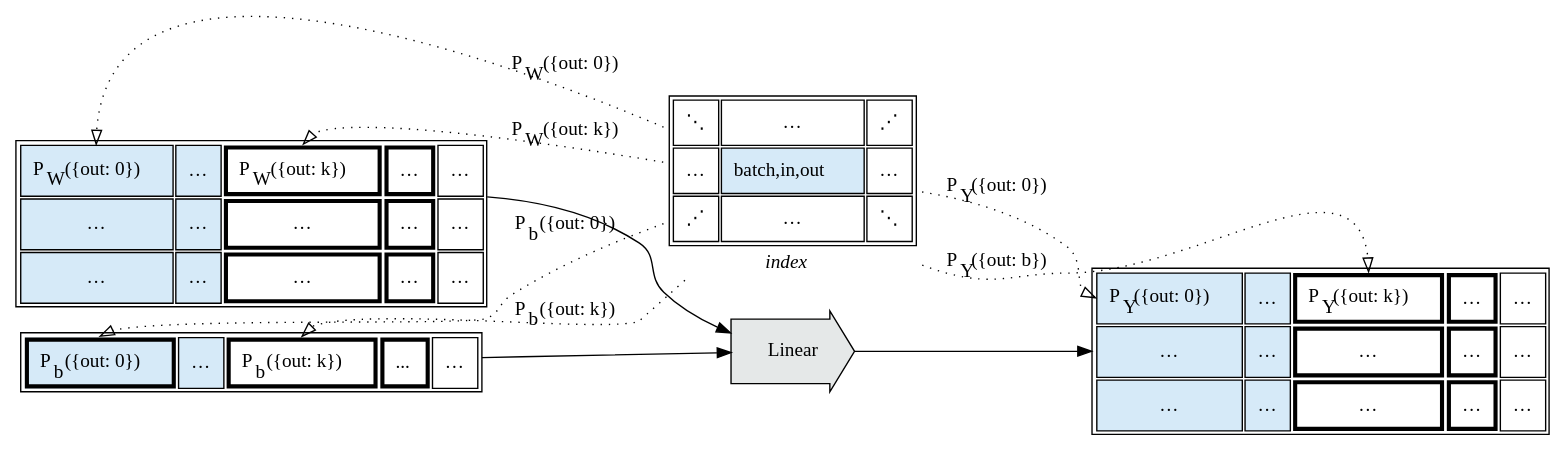
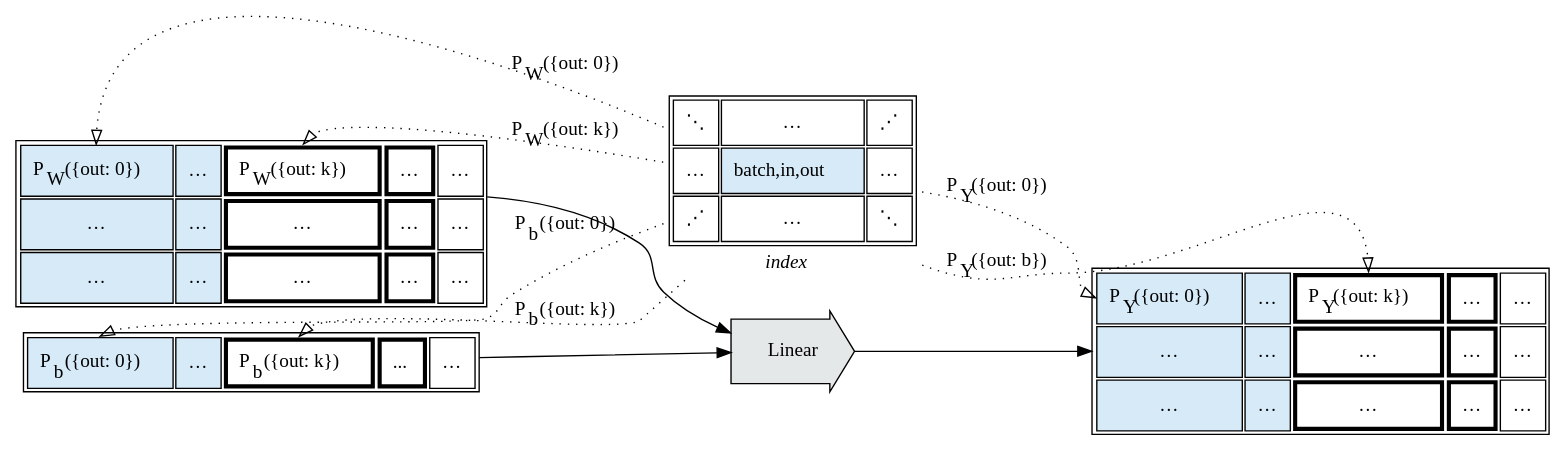
One commit to crutcher/crutcher.github.io-source changed diagram 17 of 18 in source/Tapestry/index.md. Above: the diagram before and after it, drawn with Graphviz. The commit also changed 1 other file, not shown here.

Commit message:
fix grahviz error

```diff
--- a/source/Tapestry/index.md
+++ b/source/Tapestry/index.md
@@ -2163,7 +2163,7 @@
         label=<
         <table cellpadding="8">
             <tr>
-                <td port="a" bgcolor="#D6EAF8" border="3">P<sub>b</sub>({out: 0})</td>
+                <td port="a" bgcolor="#D6EAF8">P<sub>b</sub>({out: 0})</td>
                 <td bgcolor="#D6EAF8">…</td>
                 <td port="b" border="3">P<sub>b</sub>({out: k})</td>
                 <td border="3">...</td>
```
